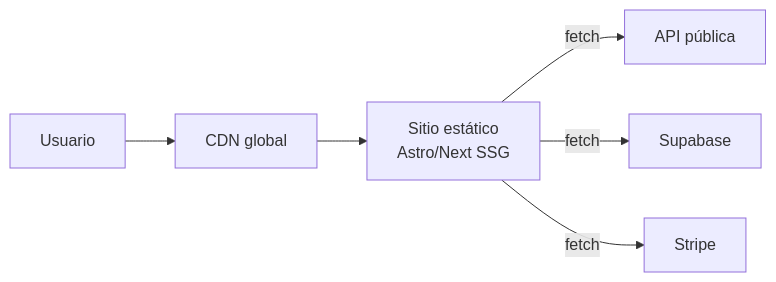
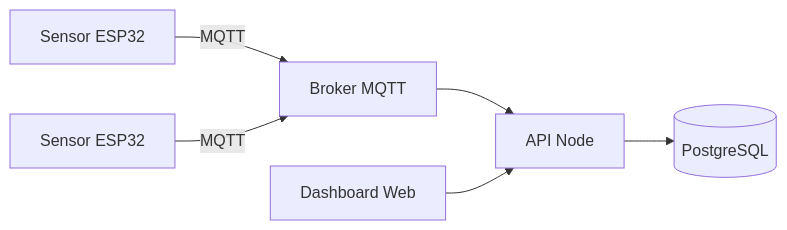
The seventh of 14 diagrams in Ejercicio_6_Patrones_Arquitectura_y_Despliegue.md (Umbingelelo/ejercicios-portafolio_titulo-001V), drawn with Mermaid before and after one commit. The commit also changed other lines of this file, not shown here.

````diff
--- a/Ejercicio_6_Patrones_Arquitectura_y_Despliegue.md
+++ b/Ejercicio_6_Patrones_Arquitectura_y_Despliegue.md
@@ -1730,8 +1134,8 @@
 ```mermaid
 flowchart LR
-    U[Usuario] --> CDN[CDN global]
-    CDN --> S[Sitio estático<br/>Astro/Next SSG]
-    S -->|fetch| API1[API pública]
-    S -->|fetch| API2[Supabase]
-    S -->|fetch| API3[Stripe]
+    S1[Sensor ESP32] -->|MQTT| BR[Broker MQTT]
+    S2[Sensor ESP32] -->|MQTT| BR
+    BR --> API[API Node]
+    API --> DB[(PostgreSQL)]
+    WEB[Dashboard Web] --> API
 ```
````
